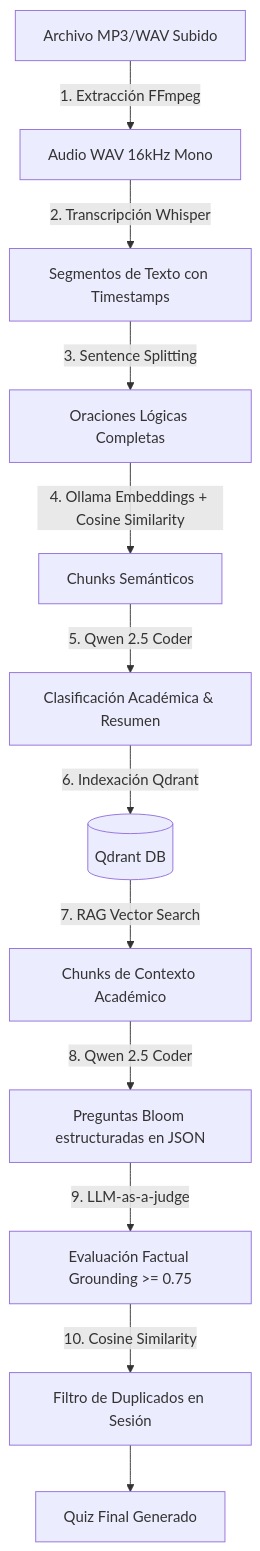
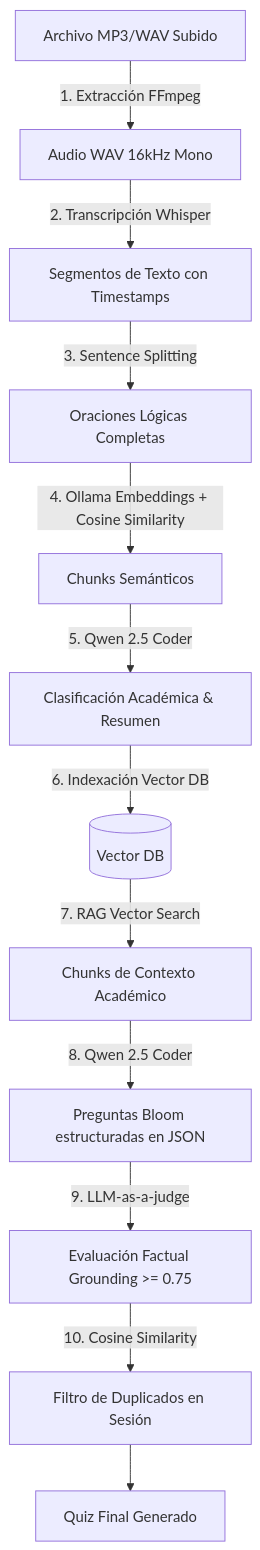
Before and after one commit to ESalinasCh/quiz-ia-pipeline: the diagram in README.md, drawn with Mermaid. The commit also changed 14 other files, not shown here.

````diff
--- a/README.md
+++ b/README.md
@@ -43,14 +43,14 @@
 ```mermaid
 graph TD
     A[Archivo MP3/WAV Subido] -->|1. Extracción FFmpeg| B[Audio WAV 16kHz Mono]
     B -->|2. Transcripción Whisper| C[Segmentos de Texto con Timestamps]
     C -->|3. Sentence Splitting| D[Oraciones Lógicas Completas]
     D -->|4. Ollama Embeddings + Cosine Similarity| E[Chunks Semánticos]
     E -->|5. Qwen 2.5 Coder| F[Clasificación Académica & Resumen]
-    F -->|6. Indexación Qdrant| G[(Qdrant DB)]
+    F -->|6. Indexación Vector DB| G[(Vector DB)]
     G -->|7. RAG Vector Search| H[Chunks de Contexto Académico]
     H -->|8. Qwen 2.5 Coder| I[Preguntas Bloom estructuradas en JSON]
     I -->|9. LLM-as-a-judge| J[Evaluación Factual Grounding >= 0.75]
     J -->|10. Cosine Similarity| K[Filtro de Duplicados en Sesión]
     K --> L[Quiz Final Generado]
 ```
````
